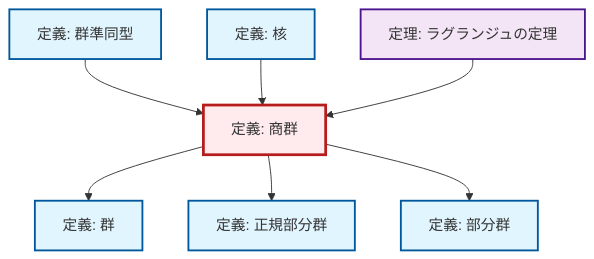
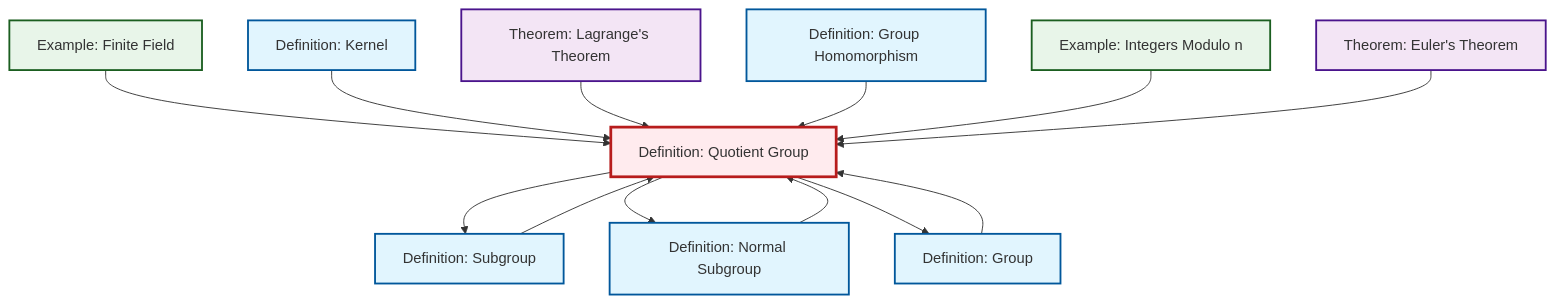
The diagram in content/ja/algebra/def-quotient-group.qmd (RK0429/ModernMath), drawn with Mermaid before and after one commit. The commit also changed other lines of this file and 316 other files, not shown here.

````diff
--- a/content/ja/algebra/def-quotient-group.qmd
+++ b/content/ja/algebra/def-quotient-group.qmd
@@ -129,23 +129,41 @@
 ```{mermaid}
-%%| fig-cap: "局所依存関係グラフ"
+%%| fig-cap: "Local dependency graph"
 graph TD
     classDef definition fill:#e1f5fe,stroke:#01579b,stroke-width:2px
     classDef theorem fill:#f3e5f5,stroke:#4a148c,stroke-width:2px
     classDef axiom fill:#fff3e0,stroke:#e65100,stroke-width:2px
     classDef example fill:#e8f5e9,stroke:#1b5e20,stroke-width:2px
     classDef current fill:#ffebee,stroke:#b71c1c,stroke-width:3px
-    def-quotient-group["定義: 商群"]:::definition
-    def-group["定義: 群"]:::definition
-    def-normal-subgroup["定義: 正規部分群"]:::definition
-    def-subgroup["定義: 部分群"]:::definition
-    def-homomorphism["定義: 群準同型"]:::definition
-    def-kernel["定義: 核"]:::definition
-    thm-lagrange["定理: ラグランジュの定理"]:::theorem
+    def-quotient-group["Definition: Quotient Group"]:::definition
+    def-normal-subgroup["Definition: Normal Subgroup"]:::definition
+    def-homomorphism["Definition: Group Homomorphism"]:::definition
+    def-kernel["Definition: Kernel"]:::definition
+    thm-lagrange["Theorem: Lagrange's Theorem"]:::theorem
+    ex-quotient-integers-mod-n["Example: Integers Modulo n"]:::example
+    def-subgroup["Definition: Subgroup"]:::definition
+    ex-finite-field["Example: Finite Field"]:::example
+    def-group["Definition: Group"]:::definition
+    thm-euler["Theorem: Euler's Theorem"]:::theorem
+    def-quotient-group --> def-subgroup
+    ex-finite-field --> def-quotient-group
+    def-kernel --> def-quotient-group
+    def-normal-subgroup --> def-quotient-group
+    def-subgroup --> def-quotient-group
+    thm-lagrange --> def-quotient-group
+    def-quotient-group --> def-normal-subgroup
+    def-homomorphism --> def-quotient-group
+    def-group --> def-quotient-group
+    ex-quotient-integers-mod-n --> def-quotient-group
     def-quotient-group --> def-group
-    def-quotient-group --> def-normal-subgroup
-    def-quotient-group --> def-subgroup
-    def-homomorphism --> def-quotient-group
-    def-kernel --> def-quotient-group
-    thm-lagrange --> def-quotient-group
+    thm-euler --> def-quotient-group
     class def-quotient-group current
+    click def-normal-subgroup "def-normal-subgroup.html" "Definition: Normal Subgroupへ"
+    click def-homomorphism "def-homomorphism.html" "Definition: Group Homomorphismへ"
+    click def-kernel "def-kernel.html" "Definition: Kernelへ"
+    click thm-lagrange "thm-lagrange.html" "Theorem: Lagrange's Theoremへ"
+    click ex-quotient-integers-mod-n "ex-quotient-integers-mod-n.html" "Example: Integers Modulo nへ"
+    click def-subgroup "def-subgroup.html" "Definition: Subgroupへ"
+    click ex-finite-field "ex-finite-field.html" "Example: Finite Fieldへ"
+    click def-group "def-group.html" "Definition: Groupへ"
+    click thm-euler "thm-euler.html" "Theorem: Euler's Theoremへ"
 ```
````
